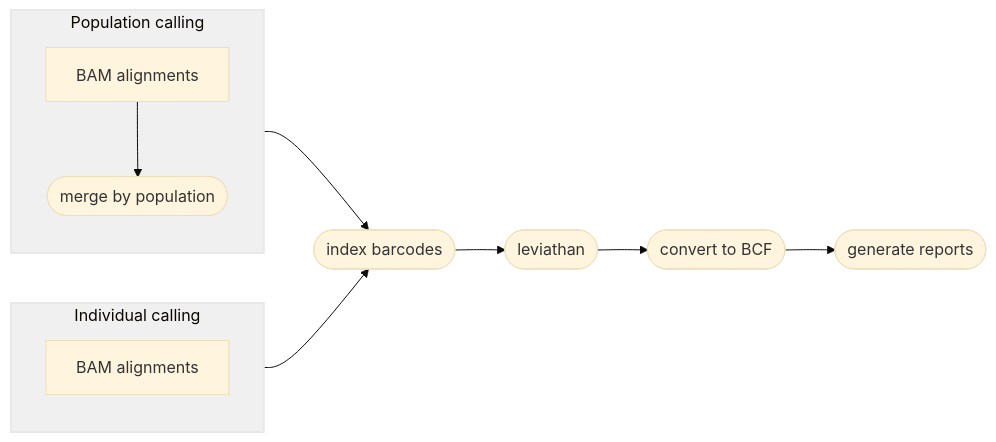
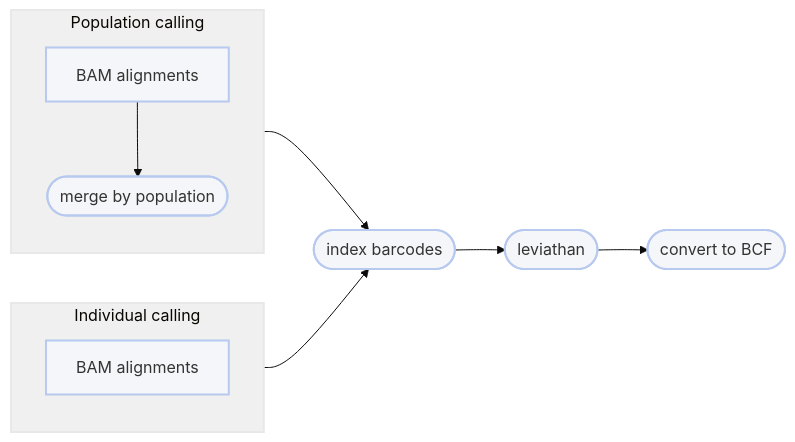
The diagram in Modules/SV/leviathan.md (pdimens/harpy), drawn with Mermaid (base theme) before and after one commit. The commit also changed 11 other files, not shown here.

Commit message:
update all mermaids

````diff
--- a/Modules/SV/leviathan.md
+++ b/Modules/SV/leviathan.md
@@ -99,15 +99,15 @@
 ```mermaid
 graph LR
     subgraph id1 [Population calling]
-        bams2[BAM alignments] --> popsplit([merge by population])
+        bams2[BAM alignments]:::clean --> popsplit([merge by population]):::clean
     end
     subgraph id2 [Individual calling]
-        bams[BAM alignments]
+        bams[BAM alignments]:::clean
     end
     id1 & id2-->A
-    A([index barcodes]) --> B([leviathan])
-    B-->C([convert to BCF])
-    C-->E([generate reports])
+    A([index barcodes]):::clean --> B([leviathan]):::clean
+    B-->C([convert to BCF]):::clean
     style id1 fill:#f0f0f0,stroke:#e8e8e8,stroke-width:2px
     style id2 fill:#f0f0f0,stroke:#e8e8e8,stroke-width:2px
+    classDef clean fill:#f5f6f9,stroke:#b7c9ef,stroke-width:2px
 ```
````
